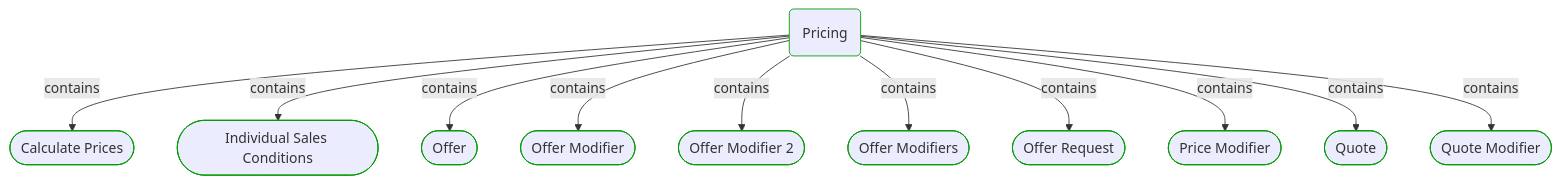
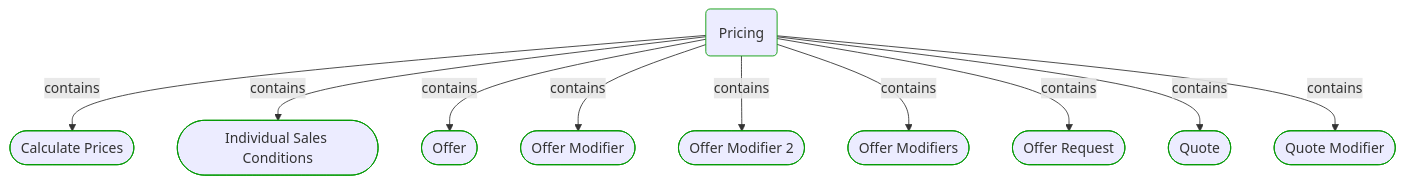
The third of 5 diagrams in Docs/P3/MermaidOutput/Domain/Concepts/Sales/Pricing/Pricing.md (itlibrium/DDD-starter-dotnet), drawn with Mermaid before and after one commit. The commit also changed other lines of this file and 102 other files, not shown here.

````diff
--- a/Docs/P3/MermaidOutput/Domain/Concepts/Sales/Pricing/Pricing.md
+++ b/Docs/P3/MermaidOutput/Domain/Concepts/Sales/Pricing/Pricing.md
@@ -65,38 +65,35 @@
 ```mermaid
   flowchart TB
     0(Pricing)
     class 0 DomainPerspective
     1([Calculate Prices])
     class 1 DomainPerspective
     0-->|contains|1
     2([Individual Sales Conditions])
     class 2 DomainPerspective
     0-->|contains|2
     3([Offer])
     class 3 DomainPerspective
     0-->|contains|3
     4([Offer Modifier])
     class 4 DomainPerspective
     0-->|contains|4
     5([Offer Modifier 2])
     class 5 DomainPerspective
     0-->|contains|5
     6([Offer Modifiers])
     class 6 DomainPerspective
     0-->|contains|6
     7([Offer Request])
     class 7 DomainPerspective
     0-->|contains|7
-    8([Price Modifier])
+    8([Quote])
     class 8 DomainPerspective
     0-->|contains|8
-    9([Quote])
+    9([Quote Modifier])
     class 9 DomainPerspective
     0-->|contains|9
-    10([Quote Modifier])
-    class 10 DomainPerspective
-    0-->|contains|10
     classDef DomainPerspective stroke:#009900
     classDef TechnologyPerspective stroke:#1F41EB
     classDef PeoplePerspective stroke:#FFF014
 ```
````
